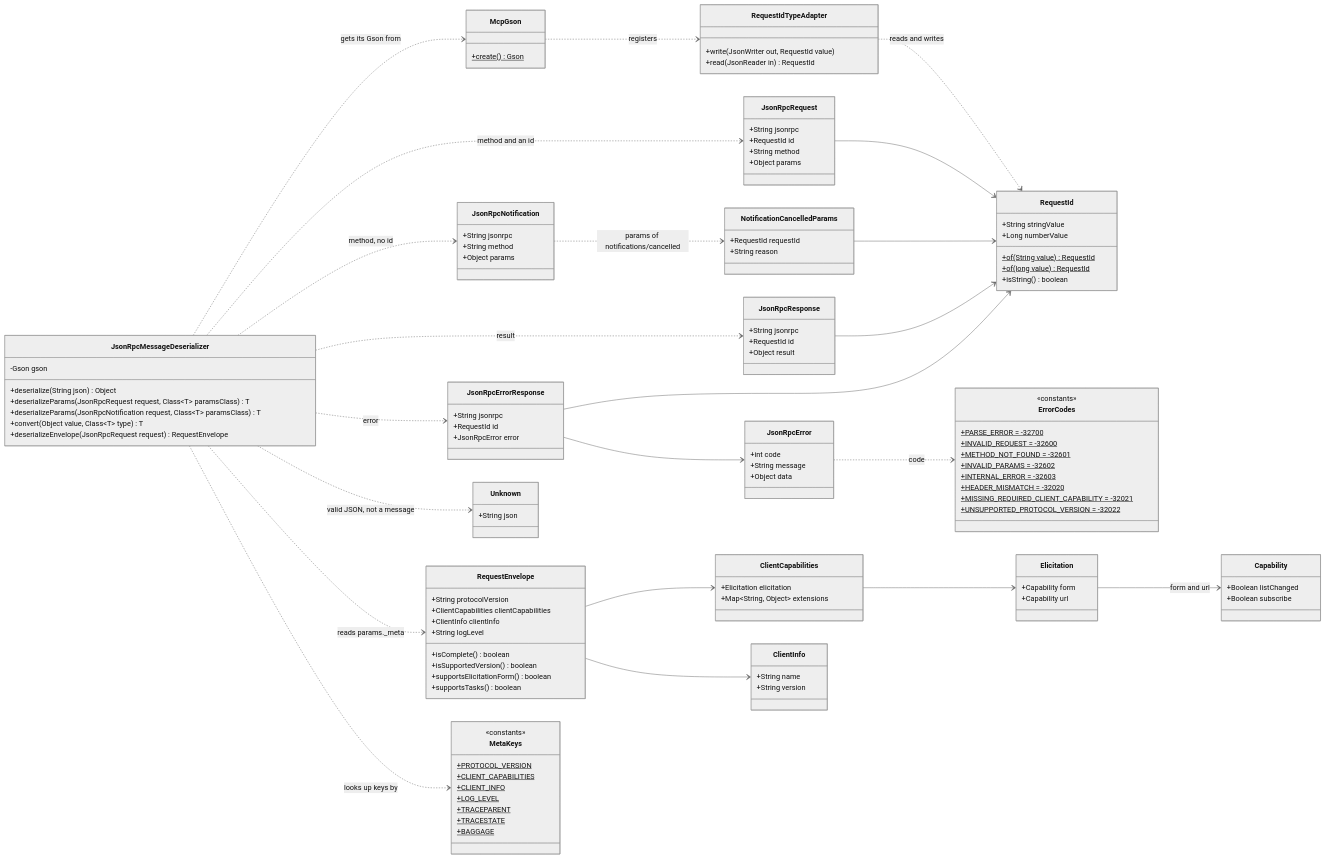
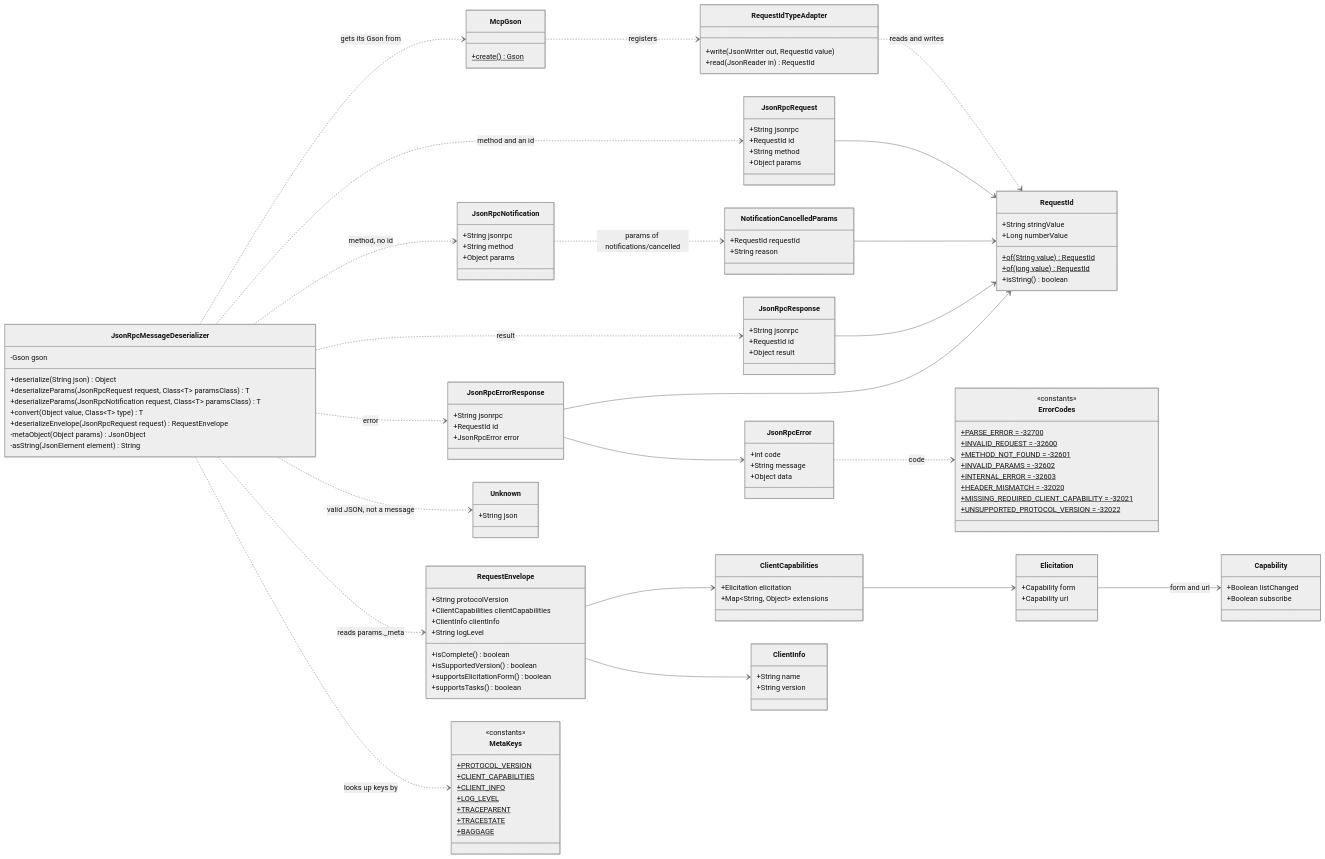
Before and after one commit to David-Parry/agent-mcp-workshop: the diagram in lessons/02-message-class-diagram.md, drawn with Mermaid (neutral theme). The commit also changed other lines of this file and 5 other files, not shown here.

First line of the commit message:
Chapter 02: move the traceparent stretch below the constructor, and correct the JSON diagram.

```diff
--- a/lessons/02-message-class-diagram.md
+++ b/lessons/02-message-class-diagram.md
@@ -13,6 +13,8 @@
         +deserializeParams(JsonRpcNotification request, Class~T~ paramsClass) T
         +convert(Object value, Class~T~ type) T
         +deserializeEnvelope(JsonRpcRequest request) RequestEnvelope
+        -metaObject(Object params) JsonObject
+        -asString(JsonElement element) String
     }
     class McpGson {
         +create()$ Gson
```
